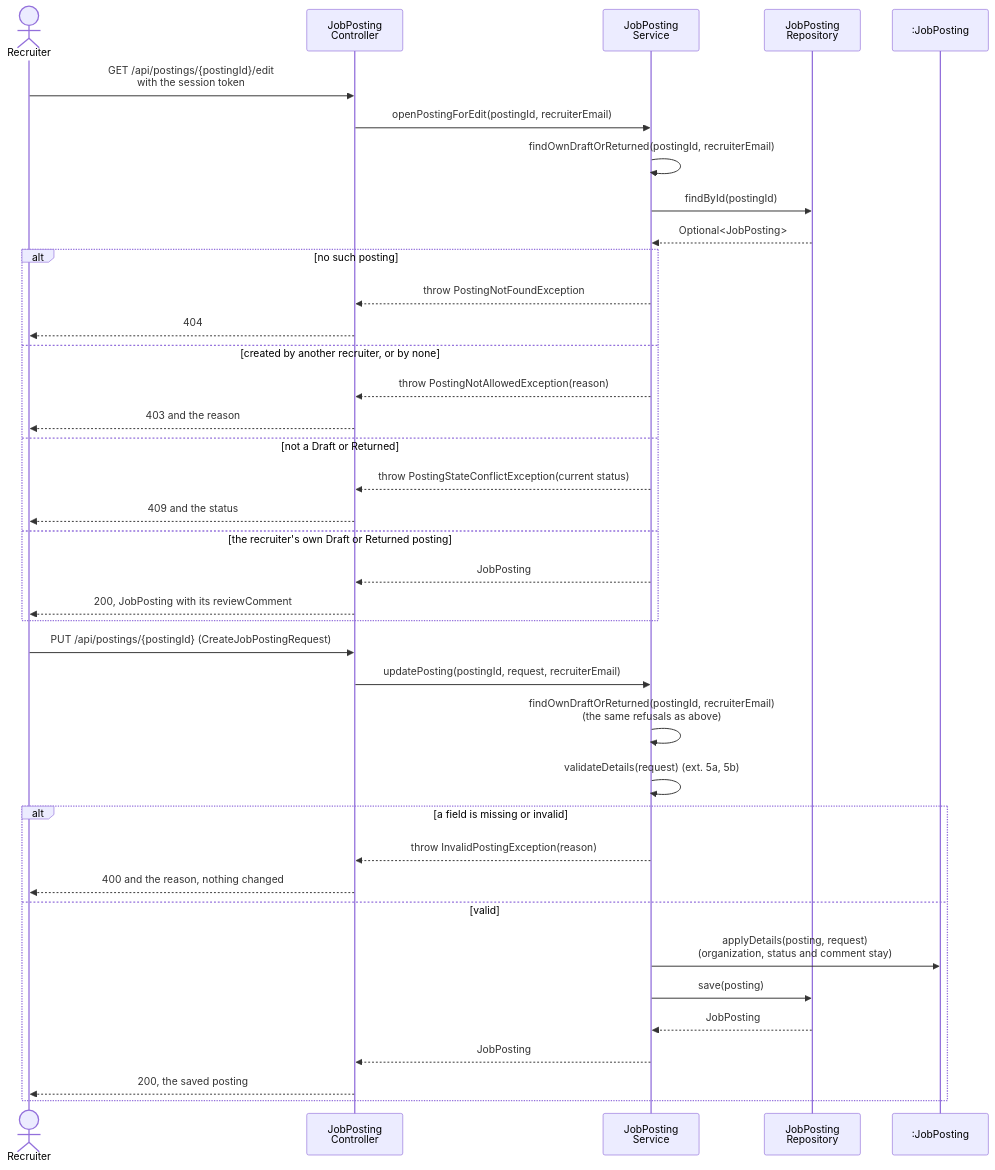
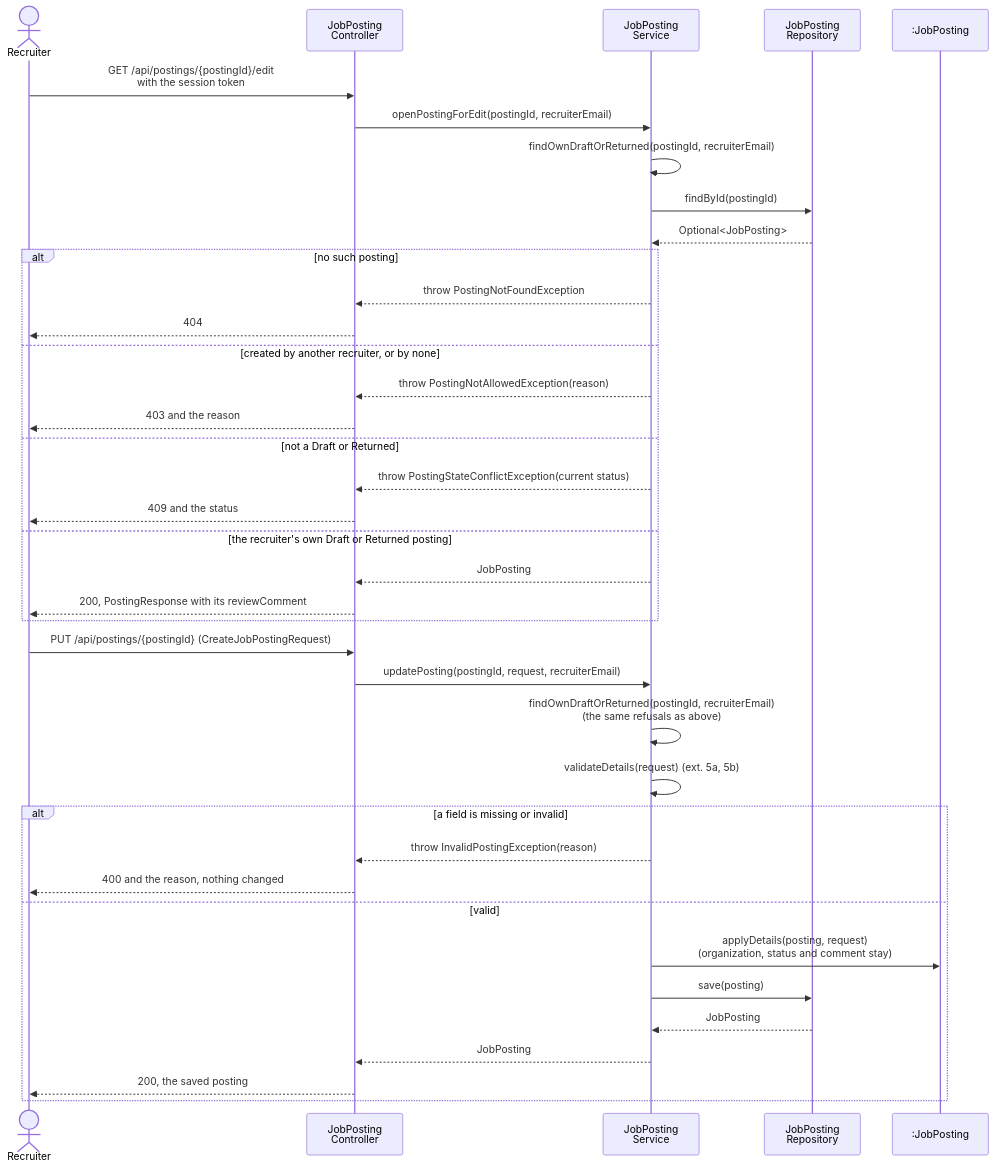
Before and after one commit to berdyshevol/careerbridge-csi5324: diagram 12 of 17 in spec/design.md, drawn with Mermaid. The commit also changed other lines of this file and 5 other files, not shown here.

First line of the commit message:
SCRUM-262 Recruiter and administrator posting answers go through PostingResponse

````diff
--- a/spec/design.md
+++ b/spec/design.md
@@ -609,42 +609,42 @@
 ```mermaid
 sequenceDiagram
     actor R as Recruiter
     participant JC as JobPosting<br/>Controller
     participant JS as JobPosting<br/>Service
     participant JR as JobPosting<br/>Repository
     participant P as :JobPosting
 
     R->>JC: GET /api/postings/{postingId}/edit<br/>with the session token
     JC->>JS: openPostingForEdit(postingId, recruiterEmail)
     JS->>JS: findOwnDraftOrReturned(postingId, recruiterEmail)
     JS->>JR: findById(postingId)
     JR-->>JS: Optional<JobPosting>
     alt no such posting
         JS-->>JC: throw PostingNotFoundException
         JC-->>R: 404
     else created by another recruiter, or by none
         JS-->>JC: throw PostingNotAllowedException(reason)
         JC-->>R: 403 and the reason
     else not a Draft or Returned
         JS-->>JC: throw PostingStateConflictException(current status)
         JC-->>R: 409 and the status
     else the recruiter's own Draft or Returned posting
         JS-->>JC: JobPosting
-        JC-->>R: 200, JobPosting with its reviewComment
+        JC-->>R: 200, PostingResponse with its reviewComment
     end
 
     R->>JC: PUT /api/postings/{postingId} (CreateJobPostingRequest)
     JC->>JS: updatePosting(postingId, request, recruiterEmail)
     JS->>JS: findOwnDraftOrReturned(postingId, recruiterEmail)<br/>(the same refusals as above)
     JS->>JS: validateDetails(request) (ext. 5a, 5b)
     alt a field is missing or invalid
         JS-->>JC: throw InvalidPostingException(reason)
         JC-->>R: 400 and the reason, nothing changed
     else valid
         JS->>P: applyDetails(posting, request)<br/>(organization, status and comment stay)
         JS->>JR: save(posting)
         JR-->>JS: JobPosting
         JS-->>JC: JobPosting
         JC-->>R: 200, the saved posting
     end
 ```
````
